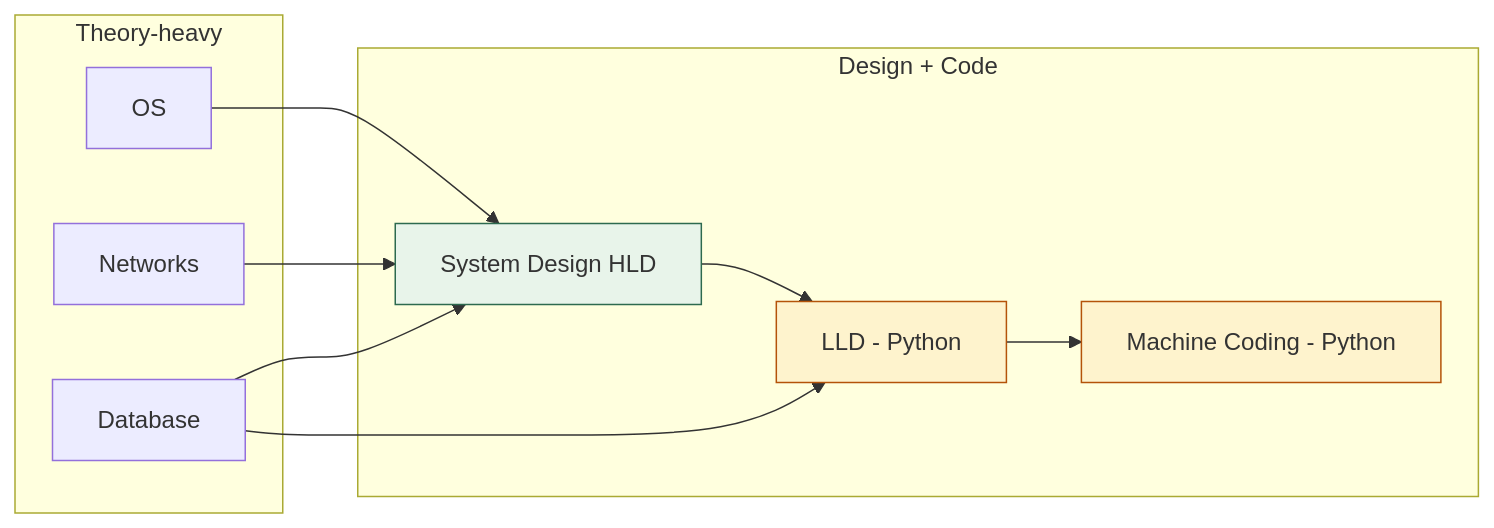
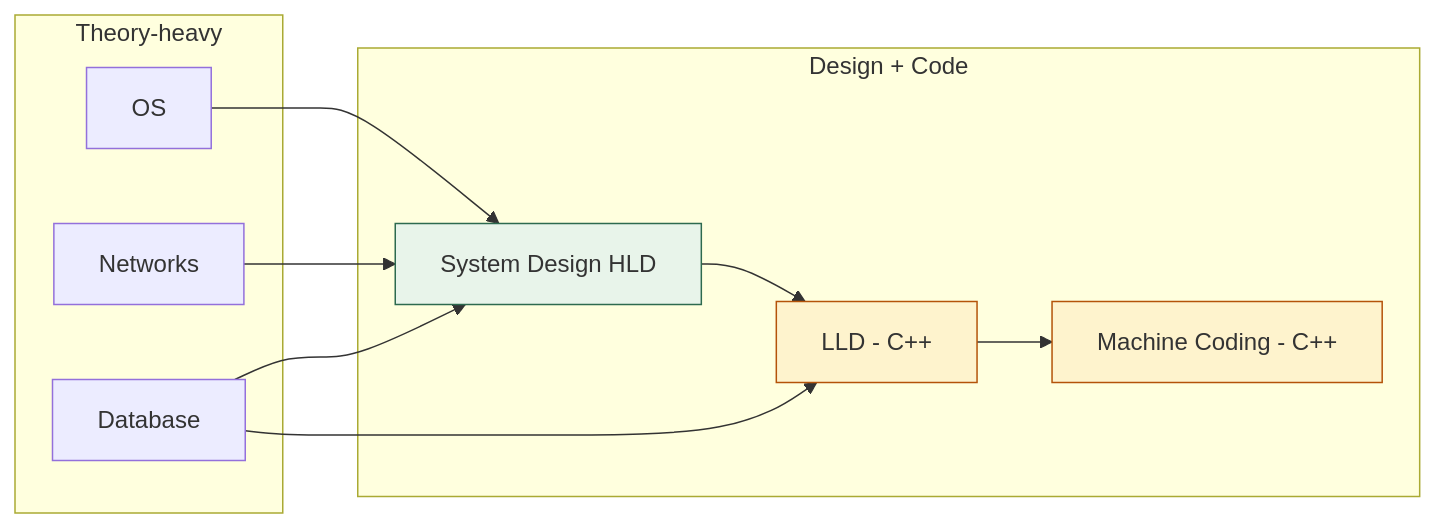
The first of 2 diagrams in INTERVIEW-PREP.md (codevoks/Learning), drawn with Mermaid before and after one commit. The commit also changed other lines of this file and 124 other files, not shown here.

First line of the commit message:
Switch LLD/Machine-Coding to C++; add 6 standard problems; keep prompt edits

````diff
--- a/INTERVIEW-PREP.md
+++ b/INTERVIEW-PREP.md
@@ -27,22 +27,22 @@
 ```mermaid
 flowchart LR
     subgraph THEORY["Theory-heavy"]
         OS[OS]
         NET[Networks]
         DB[Database]
     end
     subgraph DESIGN["Design + Code"]
         HLD[System Design HLD]
-        LLD[LLD - Python]
-        MC[Machine Coding - Python]
+        LLD[LLD - C++]
+        MC[Machine Coding - C++]
     end
     OS --> HLD
     NET --> HLD
     DB --> HLD
     DB --> LLD
     HLD --> LLD
     LLD --> MC
     style LLD fill:#fef3cd,stroke:#b45309
     style MC fill:#fef3cd,stroke:#b45309
     style HLD fill:#e8f4ea,stroke:#2d6a4f
 ```
````
